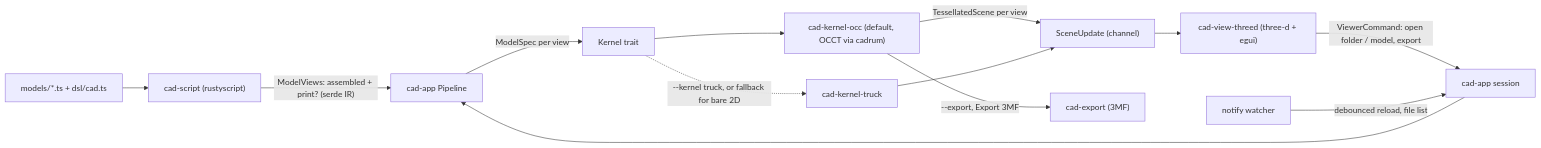
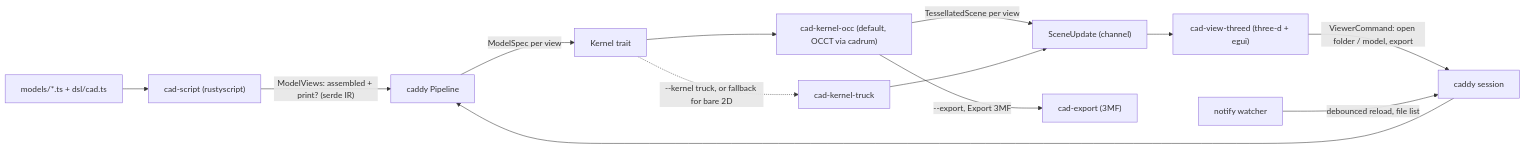
One commit to tyler-goodwin/platecad changed the diagram in architecture/README.md. Above: the diagram before and after it, drawn with Mermaid. The commit also changed other lines of this file and 7 other files, not shown here.

First line of the commit message:
Rename the app crate and its user-facing names to caddy.

````diff
--- a/architecture/README.md
+++ b/architecture/README.md
@@ -13,15 +13,15 @@
 ```mermaid
 flowchart LR
   ts["models/*.ts + dsl/cad.ts"] --> script["cad-script (rustyscript)"]
-  script -->|"ModelViews: assembled + print? (serde IR)"| pipeline["cad-app Pipeline"]
+  script -->|"ModelViews: assembled + print? (serde IR)"| pipeline["caddy Pipeline"]
   pipeline -->|"ModelSpec per view"| kernel["Kernel trait"]
   kernel --> occ["cad-kernel-occ (default, OCCT via cadrum)"]
   kernel -.->|"--kernel truck, or fallback for bare 2D"| truck["cad-kernel-truck"]
   occ -->|"TessellatedScene per view"| update["SceneUpdate (channel)"]
   truck --> update
   update --> view["cad-view-threed (three-d + egui)"]
-  view -->|"ViewerCommand: open folder / model, export"| session["cad-app session"]
+  view -->|"ViewerCommand: open folder / model, export"| session["caddy session"]
   session --> pipeline
   occ -->|"--export, Export 3MF"| export["cad-export (3MF)"]
   watch["notify watcher"] -->|"debounced reload, file list"| session
 ```
````
